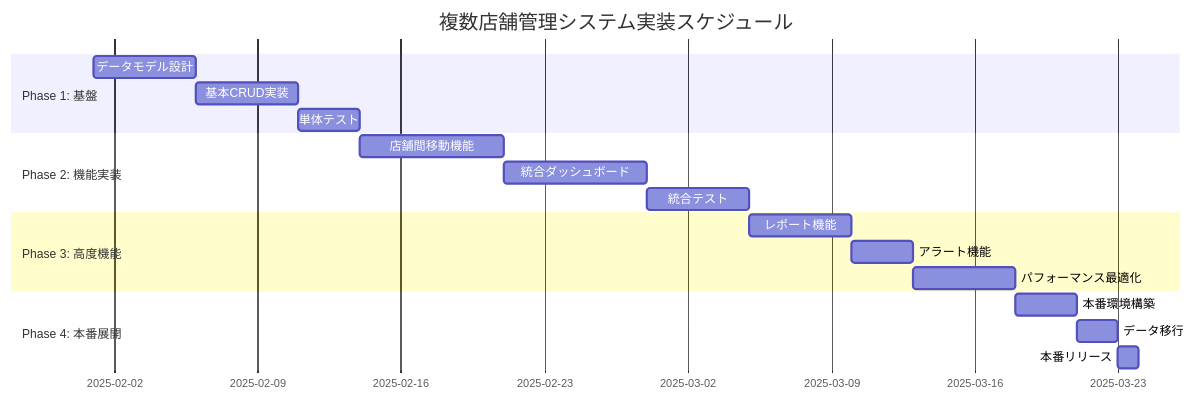
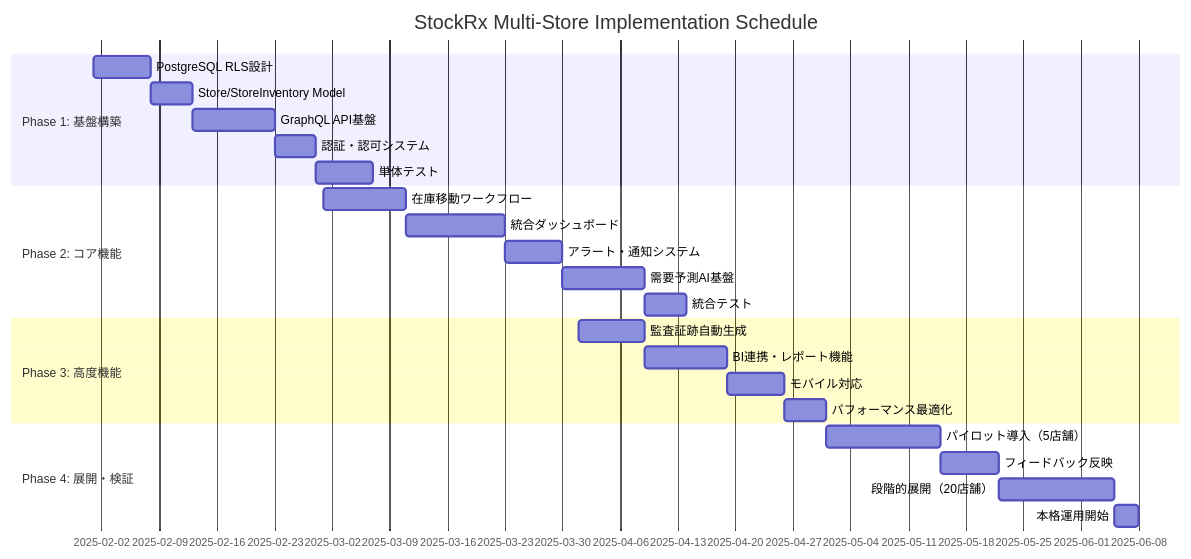
One commit to kota-suzu/StockRx changed the second of 2 diagrams in docs/design/multi_store_management_design.md. Above: the diagram before and after it, drawn with Mermaid. The commit also changed other lines of this file and 54 other files, not shown here.

First line of the commit message:
🏪 Phase 1: Multi-Store Management Foundation Complete

````diff
--- a/docs/design/multi_store_management_design.md
+++ b/docs/design/multi_store_management_design.md
@@ -311,21 +417,27 @@
 ```mermaid
 gantt
-    title 複数店舗管理システム実装スケジュール
+    title StockRx Multi-Store Implementation Schedule
     dateFormat  YYYY-MM-DD
-    section Phase 1: 基盤
-    データモデル設計        :2025-02-01, 5d
-    基本CRUD実装           :5d
-    単体テスト             :3d
-    section Phase 2: 機能実装
-    店舗間移動機能         :7d
-    統合ダッシュボード     :7d
-    統合テスト             :5d
+    section Phase 1: 基盤構築
+    PostgreSQL RLS設計         :2025-02-01, 7d
+    Store/StoreInventory Model :5d
+    GraphQL API基盤           :10d
+    認証・認可システム         :5d
+    単体テスト                :7d
+    section Phase 2: コア機能
+    在庫移動ワークフロー       :2025-03-01, 10d
+    統合ダッシュボード         :12d
+    アラート・通知システム     :7d
+    需要予測AI基盤             :10d
+    統合テスト                :5d
     section Phase 3: 高度機能
-    レポート機能           :5d
-    アラート機能           :3d
-    パフォーマンス最適化   :5d
-    section Phase 4: 本番展開
-    本番環境構築           :3d
-    データ移行             :2d
-    本番リリース           :1d
+    監査証跡自動生成           :2025-04-01, 8d
+    BI連携・レポート機能       :10d
+    モバイル対応               :7d
+    パフォーマンス最適化       :5d
+    section Phase 4: 展開・検証
+    パイロット導入（5店舗）    :2025-05-01, 14d
+    フィードバック反映         :7d
+    段階的展開（20店舗）       :14d
+    本格運用開始               :3d
 ```
````
